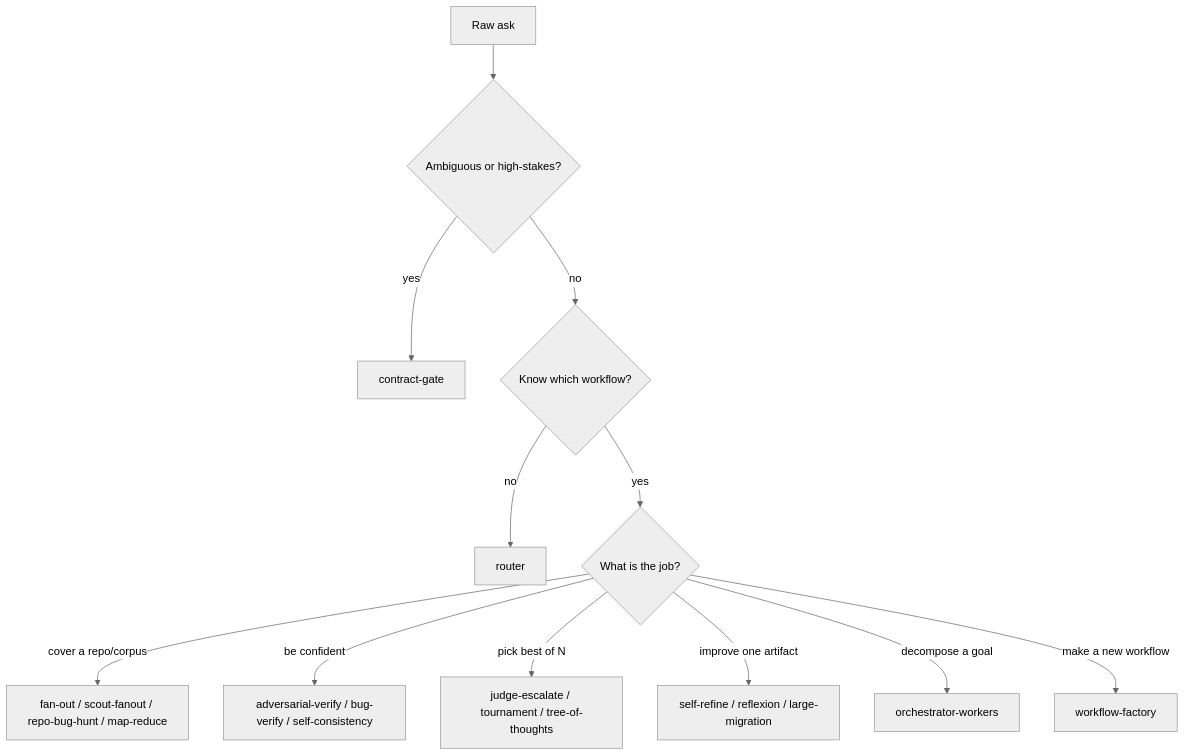
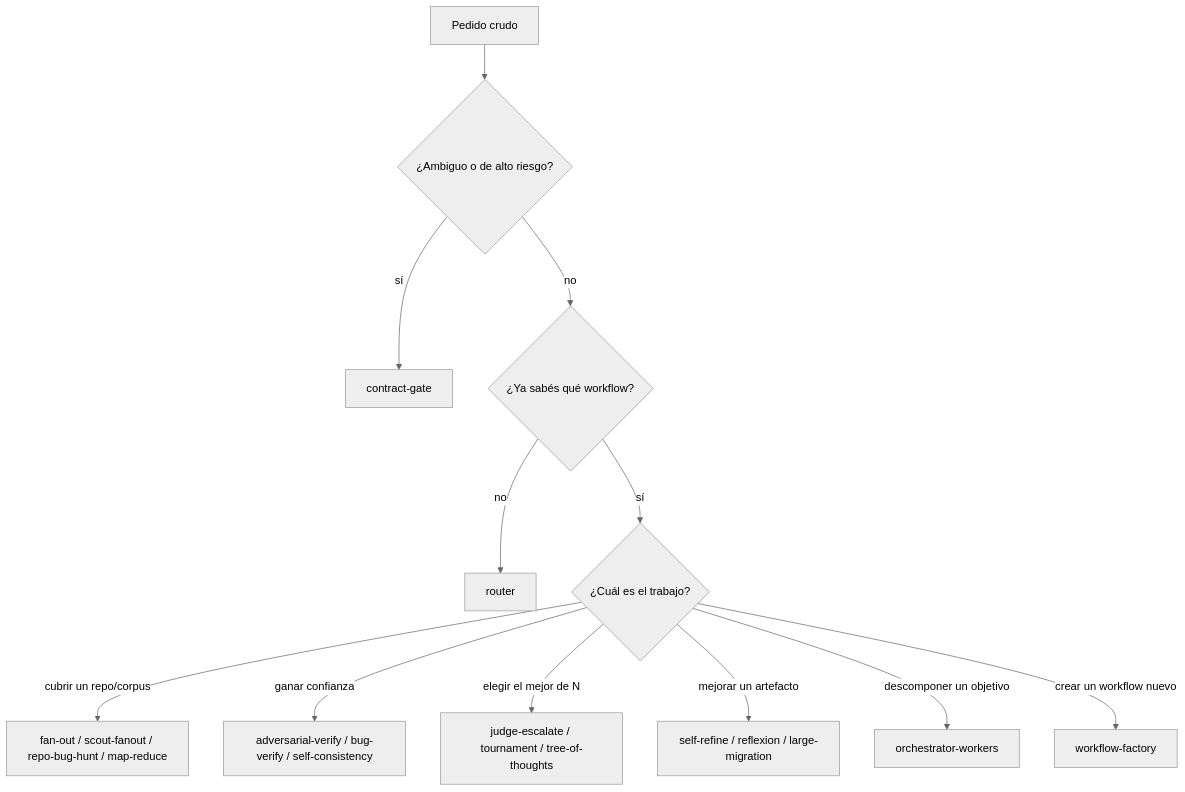
Before and after one commit to andrestobelem/pandi-extensions: the second of 5 diagrams in .claude/skills/dynamic-workflows/reference/scaffold-catalog.md, drawn with Mermaid (neutral theme). The commit also changed other lines of this file and 144 other files, not shown here.

````diff
--- a/.claude/skills/dynamic-workflows/reference/scaffold-catalog.md
+++ b/.claude/skills/dynamic-workflows/reference/scaffold-catalog.md
@@ -125,14 +125,14 @@
 ```mermaid
 flowchart TD
-  A[Raw ask] --> B{Ambiguous or high-stakes?}
-  B -- yes --> CG[contract-gate]
-  B -- no --> C{Know which workflow?}
+  A[Pedido crudo] --> B{¿Ambiguo o de alto riesgo?}
+  B -- sí --> CG[contract-gate]
+  B -- no --> C{¿Ya sabés qué workflow?}
   C -- no --> RT[router]
-  C -- yes --> D{What is the job?}
-  D -- cover a repo/corpus --> E[fan-out / scout-fanout / repo-bug-hunt / map-reduce]
-  D -- be confident --> F[adversarial-verify / bug-verify / self-consistency]
-  D -- pick best of N --> G[judge-escalate / tournament / tree-of-thoughts]
-  D -- improve one artifact --> H[self-refine / reflexion / large-migration]
-  D -- decompose a goal --> I[orchestrator-workers]
-  D -- make a new workflow --> J[workflow-factory]
+  C -- sí --> D{¿Cuál es el trabajo?}
+  D -- cubrir un repo/corpus --> E[fan-out / scout-fanout / repo-bug-hunt / map-reduce]
+  D -- ganar confianza --> F[adversarial-verify / bug-verify / self-consistency]
+  D -- elegir el mejor de N --> G[judge-escalate / tournament / tree-of-thoughts]
+  D -- mejorar un artefacto --> H[self-refine / reflexion / large-migration]
+  D -- descomponer un objetivo --> I[orchestrator-workers]
+  D -- crear un workflow nuevo --> J[workflow-factory]
 ```
````
